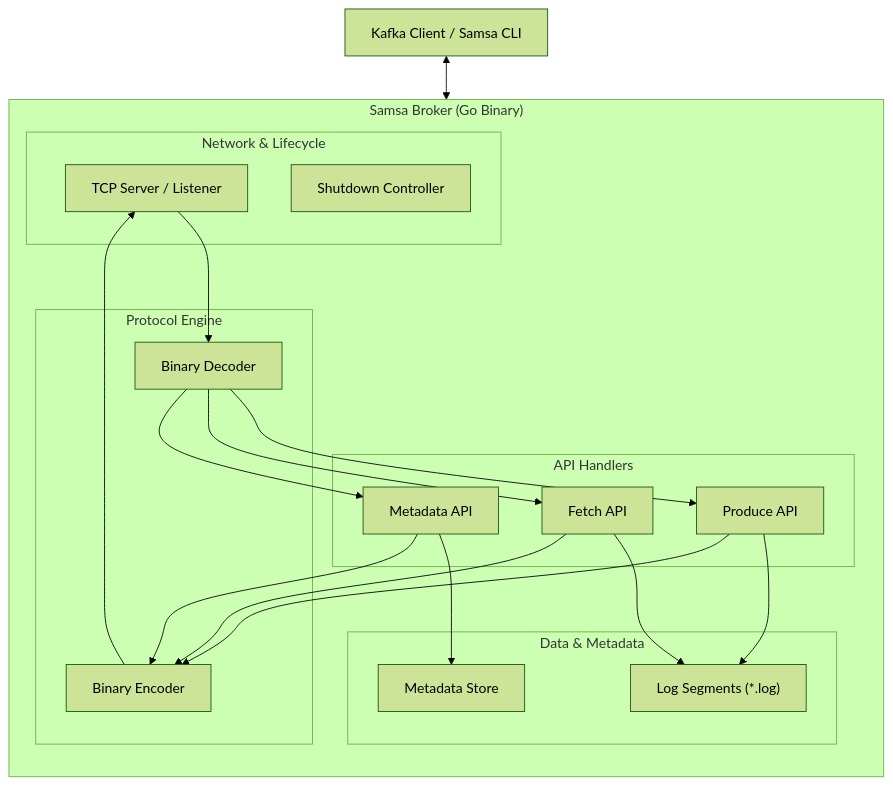
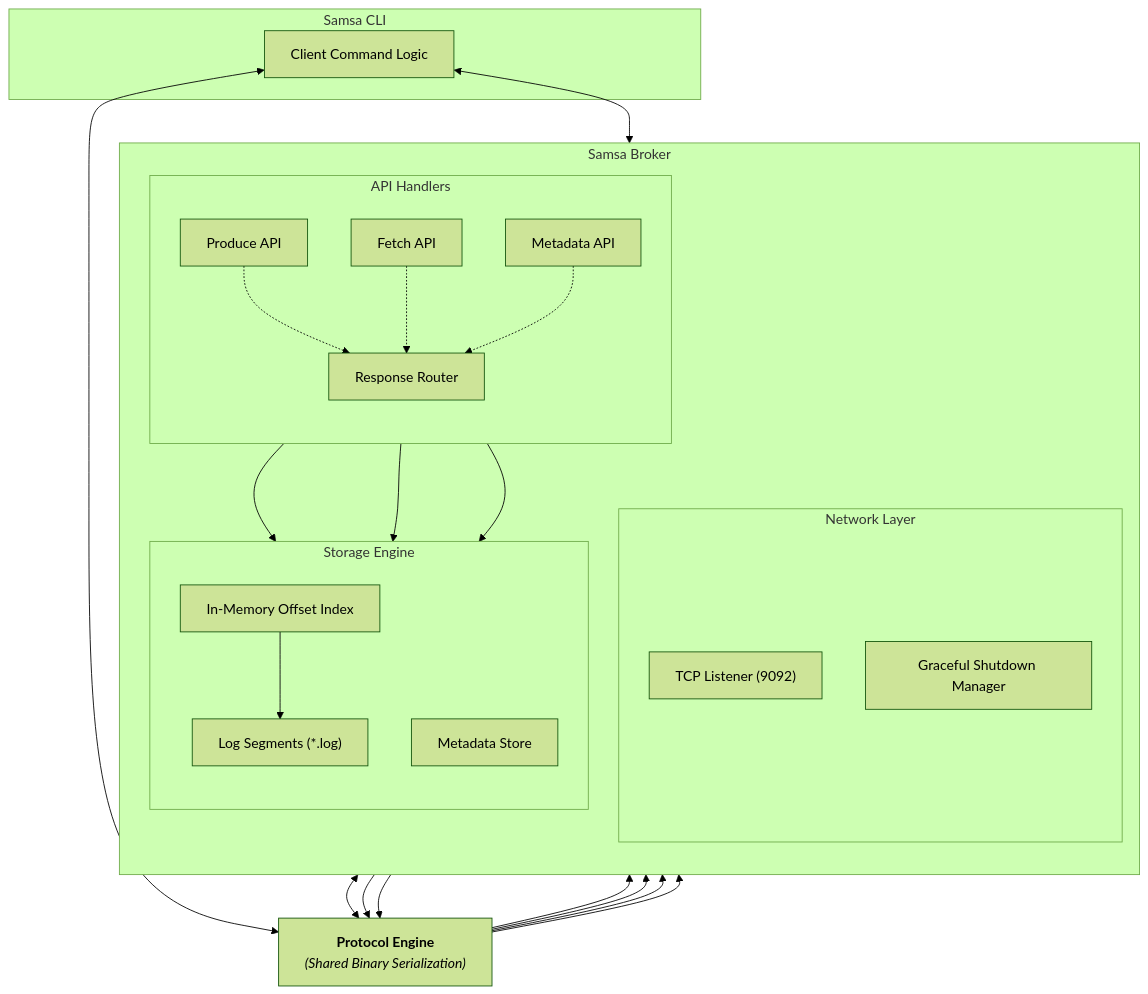
The diagram in README.md (albertopastormr/samsa), drawn with Mermaid (forest theme) before and after one commit. The commit also changed other lines of this file, not shown here.

Commit message:
Improve README architecture diagram

````diff
--- a/README.md
+++ b/README.md
@@ -82,46 +81,55 @@
 ```mermaid
 graph TD
-    Client["Kafka Client / Samsa CLI"]
-    
-    subgraph Samsa ["Samsa Broker (Go Binary)"]
+    %% Shared Logic
+    Engine["<b>Protocol Engine</b><br/><i>(Shared Binary Serialization)</i>"]
+
+    subgraph CLI ["Samsa CLI"]
+        CLILogic["Client Command Logic"]
+    end
+
+    subgraph Broker ["Samsa Broker"]
         direction TB
         
-        subgraph Network ["Network & Lifecycle"]
-            TCP["TCP Server / Listener"]
-            Graceful["Shutdown Controller"]
-        end
-        
-        subgraph Engine ["Protocol Engine"]
-            Decoder["Binary Decoder"]
-            Encoder["Binary Encoder"]
+        subgraph Network ["Network Layer"]
+            TCP["TCP Listener (9092)"]
+            Shutdown["Graceful Shutdown Manager"]
         end
         
         subgraph Handlers ["API Handlers"]
+            direction TB
             Produce["Produce API"]
             Fetch["Fetch API"]
             Meta["Metadata API"]
+            Router["Response Router"]
         end
         
-        subgraph Persistence ["Data & Metadata"]
+        subgraph Storage ["Storage Engine"]
+            direction TB
+            Index["In-Memory Offset Index"]
+            Logs["Log Segments (*.log)"]
             Store["Metadata Store"]
-            Logs["Log Segments (*.log)"]
         end
-        
-        %% Internal Flow
-        TCP --> Decoder
-        Decoder --> Produce
-        Decoder --> Fetch
-        Decoder --> Meta
-        
-        Produce --> Logs
-        Fetch --> Logs
-        Meta --> Store
-        
-        Produce --> Encoder
-        Fetch --> Encoder
-        Meta --> Encoder
-        Encoder --> TCP
     end
 
-    Client <--> TCP
+    %% Interactions
+    CLILogic <--> Engine
+    TCP <--> Engine
+    CLILogic <--> TCP
+
+    %% Broker Internal Flow
+    TCP --> Engine
+    Engine --> Produce
+    Engine --> Fetch
+    Engine --> Meta
+
+    %% Persistence Logic
+    Produce --> Logs
+    Fetch --> Index
+    Index --> Logs
+    Meta --> Store
+
+    %% Consolidated Response Path
+    Produce & Fetch & Meta -.-> Router
+    Router --> Engine
+    Engine --> TCP
 ```
````
